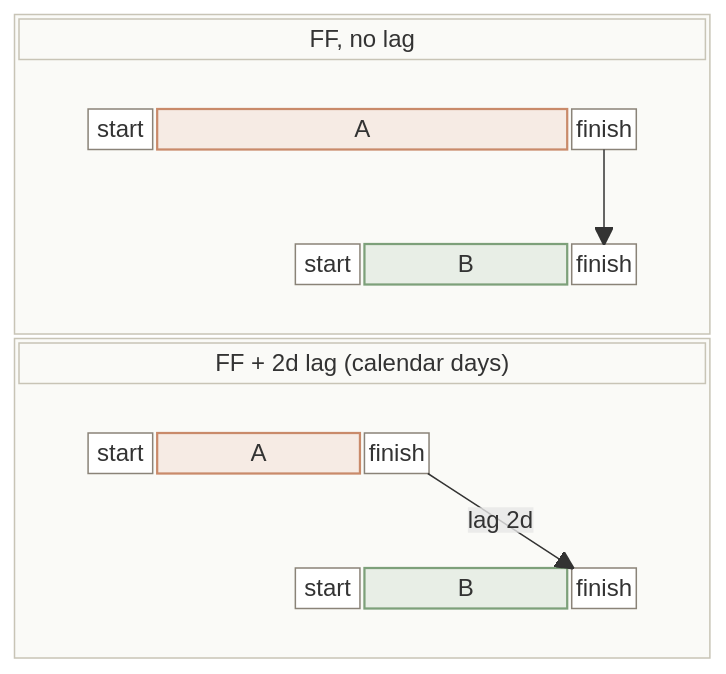
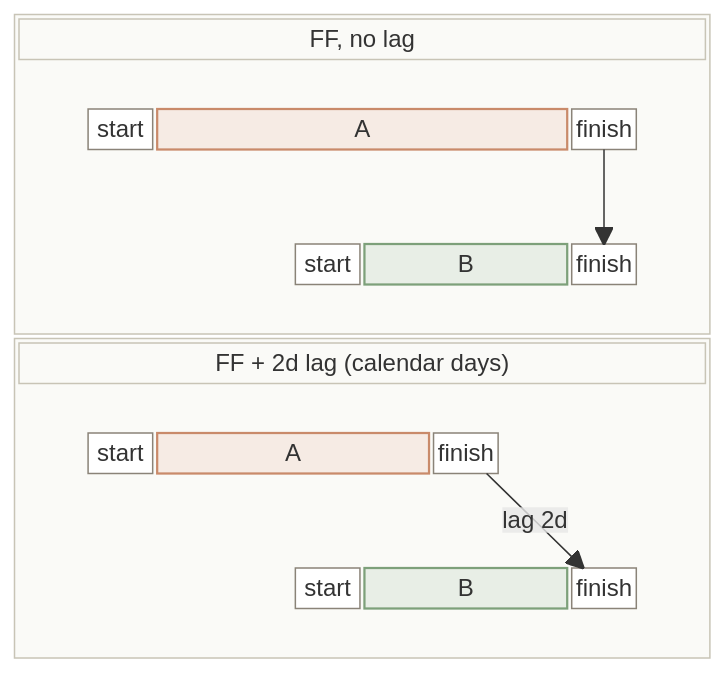
Before and after one commit to TruePPM/trueppm: the third of 4 diagrams in packages/website/src/content/docs/features/scheduler.md, drawn with Mermaid. The commit also changed other lines of this file and 3 other files, not shown here.

First line of the commit message:
docs(website): fix diagram label contrast, FF lag width and add accessible names (#4886)

````diff
--- a/packages/website/src/content/docs/features/scheduler.md
+++ b/packages/website/src/content/docs/features/scheduler.md
@@ -158,39 +158,39 @@
 ```mermaid
 %%{init: {"block": {"padding": 3}}}%%
 block-beta
     columns 1
     block:a
         columns 10
         aT["FF, no lag"]:10
         space:10
         space:1 aAs["start"]:1 aAm["A"]:6 aAf["finish"]:1 space:1
         space:10
         space:10
         space:1 space:3 aBs["start"]:1 aBm["B"]:3 aBf["finish"]:1 space:1
         space:10
     end
     block:b
         columns 10
         bT["FF + 2d lag (calendar days)"]:10
         space:10
-        space:1 bAs["start"]:1 bAm["A"]:3 bAf["finish"]:1 space:3 space:1
+        space:1 bAs["start"]:1 bAm["A"]:4 bAf["finish"]:1 space:2 space:1
         space:10
         space:10
         space:1 space:3 bBs["start"]:1 bBm["B"]:3 bBf["finish"]:1 space:1
         space:10
     end
 
     aAf --> aBf
     bAf -- "lag 2d" --> bBf
 
     classDef pt fill:#ffffff,stroke:#8a8378,color:#141413
     classDef ttl fill:#fafaf7,stroke:#c8c4b6,color:#141413
     classDef ta fill:#f6ebe4,stroke:#c98a6a,stroke-width:1.5px,color:#141413
     classDef tb fill:#e8eee6,stroke:#7da07a,stroke-width:1.5px,color:#141413
     class aAs,aAf,aBs,aBf,bAs,bAf,bBs,bBf pt
     class aAm,bAm ta
     class aBm,bBm tb
     class aT,bT ttl
     style a fill:#fafaf7,stroke:#c8c4b6,color:#141413
     style b fill:#fafaf7,stroke:#c8c4b6,color:#141413
 ```
````
